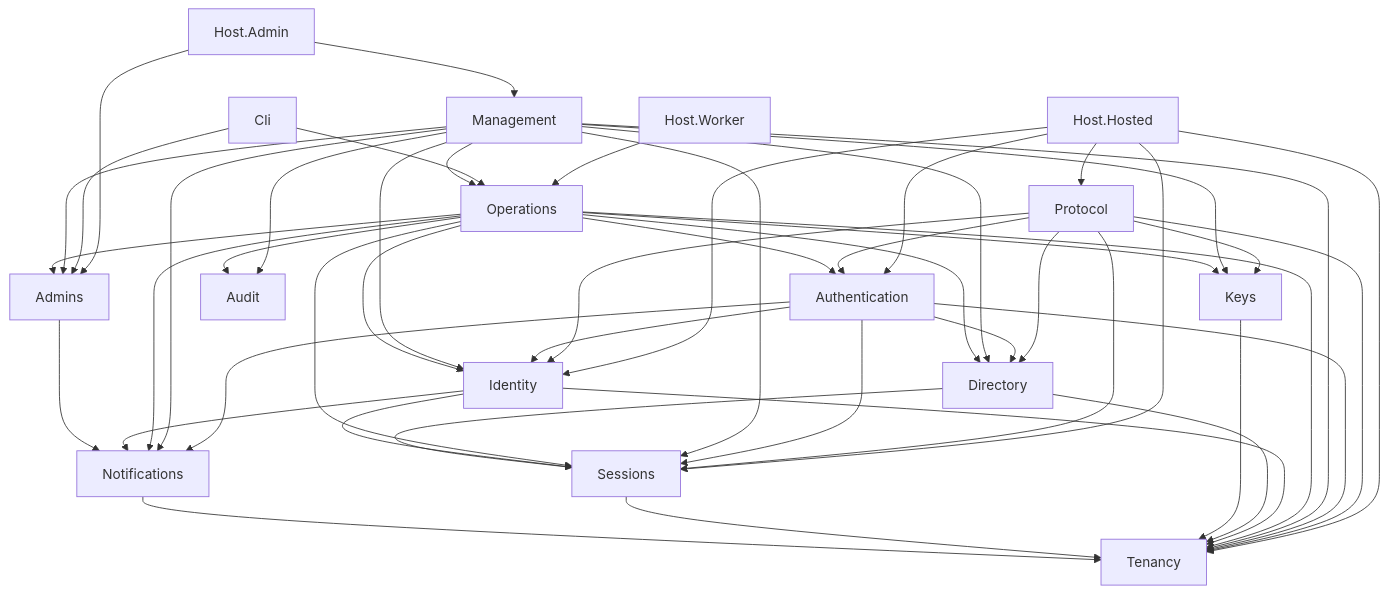
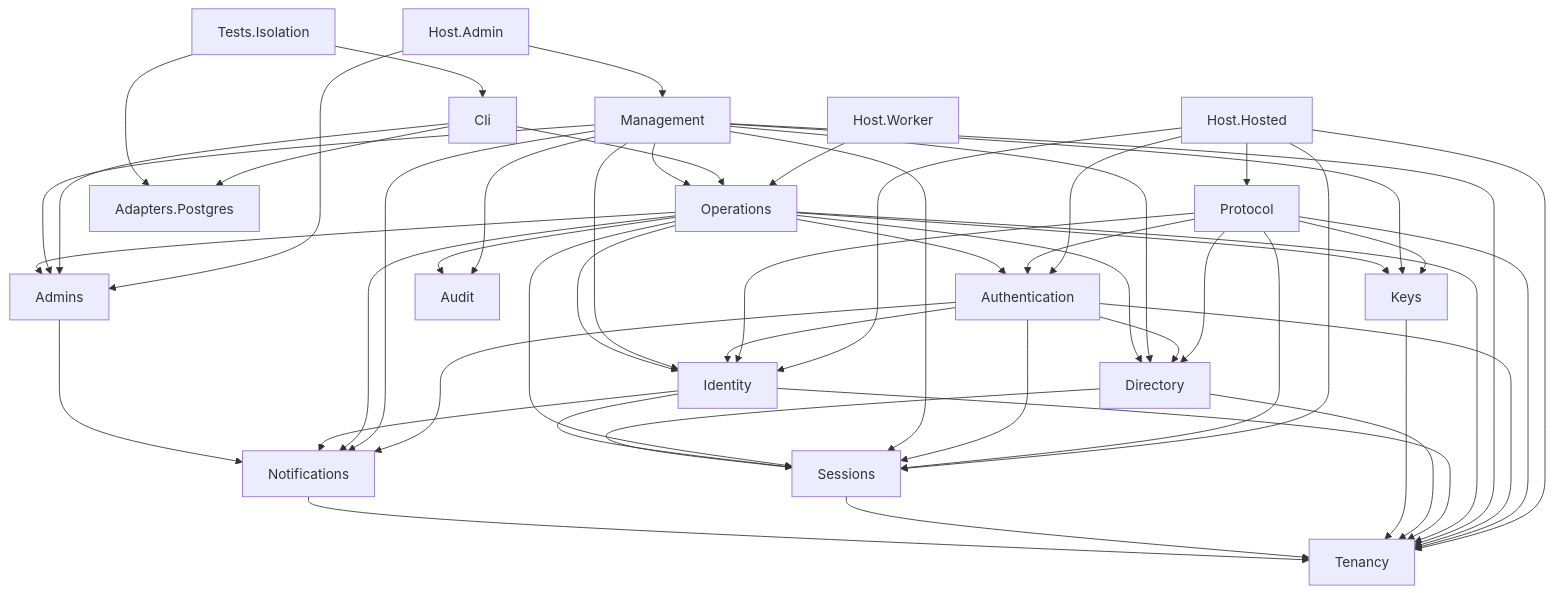
One commit to shanilmelder/gatekeep changed the diagram in docs/architecture/module-dependencies.md. Above: the diagram before and after it, drawn with Mermaid. The commit also changed 35 other files, not shown here.

````diff
--- a/docs/architecture/module-dependencies.md
+++ b/docs/architecture/module-dependencies.md
@@ -7,67 +7,72 @@
 ```mermaid
 flowchart TD
   HostHosted[Host.Hosted]
   Protocol[Protocol]
   Authentication[Authentication]
   Identity[Identity]
   Sessions[Sessions]
   Tenancy[Tenancy]
   HostAdmin[Host.Admin]
   Management[Management]
   Admins[Admins]
   HostWorker[Host.Worker]
   Operations[Operations]
   Cli[Cli]
+  AdaptersPostgres[Adapters.Postgres]
   Directory[Directory]
   Keys[Keys]
   Notifications[Notifications]
   Audit[Audit]
+  TestsIsolation[Tests.Isolation]
   HostHosted --> Protocol
   HostHosted --> Authentication
   HostHosted --> Identity
   HostHosted --> Sessions
   HostHosted --> Tenancy
   HostAdmin --> Management
   HostAdmin --> Admins
   HostWorker --> Operations
   Cli --> Operations
   Cli --> Admins
+  Cli --> AdaptersPostgres
   Protocol --> Authentication
   Protocol --> Directory
   Protocol --> Identity
   Protocol --> Sessions
   Protocol --> Keys
   Protocol --> Tenancy
   Authentication --> Directory
   Authentication --> Identity
   Authentication --> Sessions
   Authentication --> Notifications
   Authentication --> Tenancy
   Management --> Operations
   Management --> Directory
   Management --> Identity
   Management --> Sessions
   Management --> Keys
   Management --> Notifications
   Management --> Admins
   Management --> Audit
   Management --> Tenancy
   Operations --> Authentication
   Operations --> Directory
   Operations --> Identity
   Operations --> Sessions
   Operations --> Keys
   Operations --> Notifications
   Operations --> Audit
   Operations --> Admins
   Operations --> Tenancy
   Identity --> Sessions
   Identity --> Notifications
   Identity --> Tenancy
   Directory --> Sessions
   Directory --> Tenancy
   Keys --> Tenancy
   Sessions --> Tenancy
   Notifications --> Tenancy
   Admins --> Notifications
+  TestsIsolation --> AdaptersPostgres
+  TestsIsolation --> Cli
 ```
````
